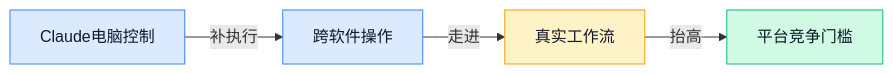
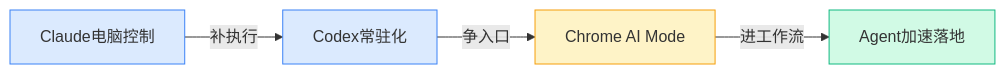
Before and after one commit to ylzsdafei/ai-daily-site: the first of 8 diagrams in content/cn/blog/weekly/2026-W16.md, drawn with Mermaid. The commit also changed other lines of this file and 4 other files, not shown here.

````diff
--- a/content/cn/blog/weekly/2026-W16.md
+++ b/content/cn/blog/weekly/2026-W16.md
@@ -20,12 +20,10 @@
 ```mermaid
 graph LR
-A[Claude电脑控制] -->|补执行| B[跨软件操作]
-B -->|走进| C[真实工作流]
-C -->|抬高| D[平台竞争门槛]
-classDef blue fill:#dbeafe,stroke:#3b82f6,color:#111827
-classDef yellow fill:#fef3c7,stroke:#f59e0b,color:#111827
-classDef green fill:#d1fae5,stroke:#10b981,color:#111827
+A[Claude电脑控制]-->|补执行|B[Codex常驻化]-->|争入口|C[Chrome AI Mode]-->|进工作流|D[Agent加速落地]
+classDef blue fill:#dbeafe,stroke:#3b82f6
+classDef yellow fill:#fef3c7,stroke:#f59e0b
+classDef green fill:#d1fae5,stroke:#10b981
 class A,B blue
 class C yellow
 class D green
 ```
````
